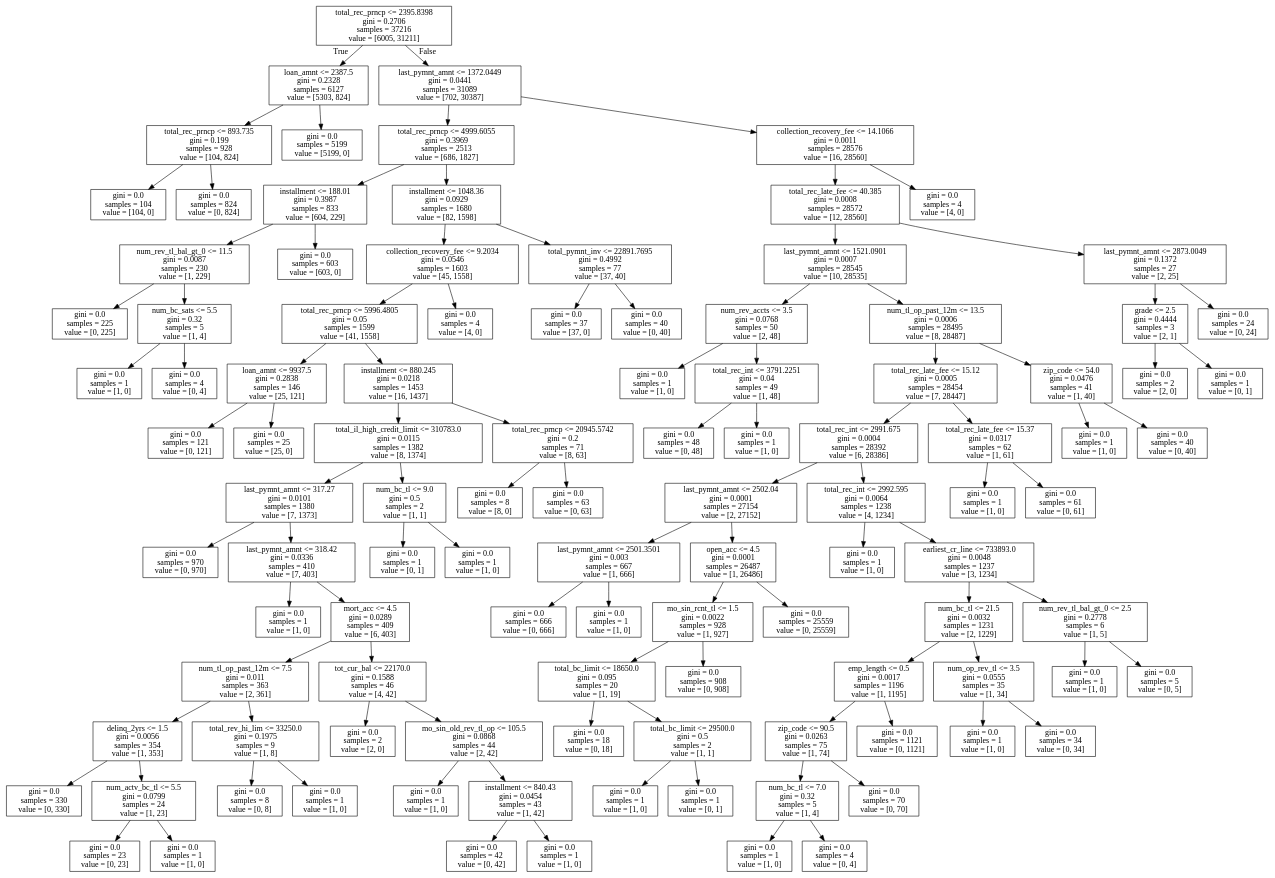
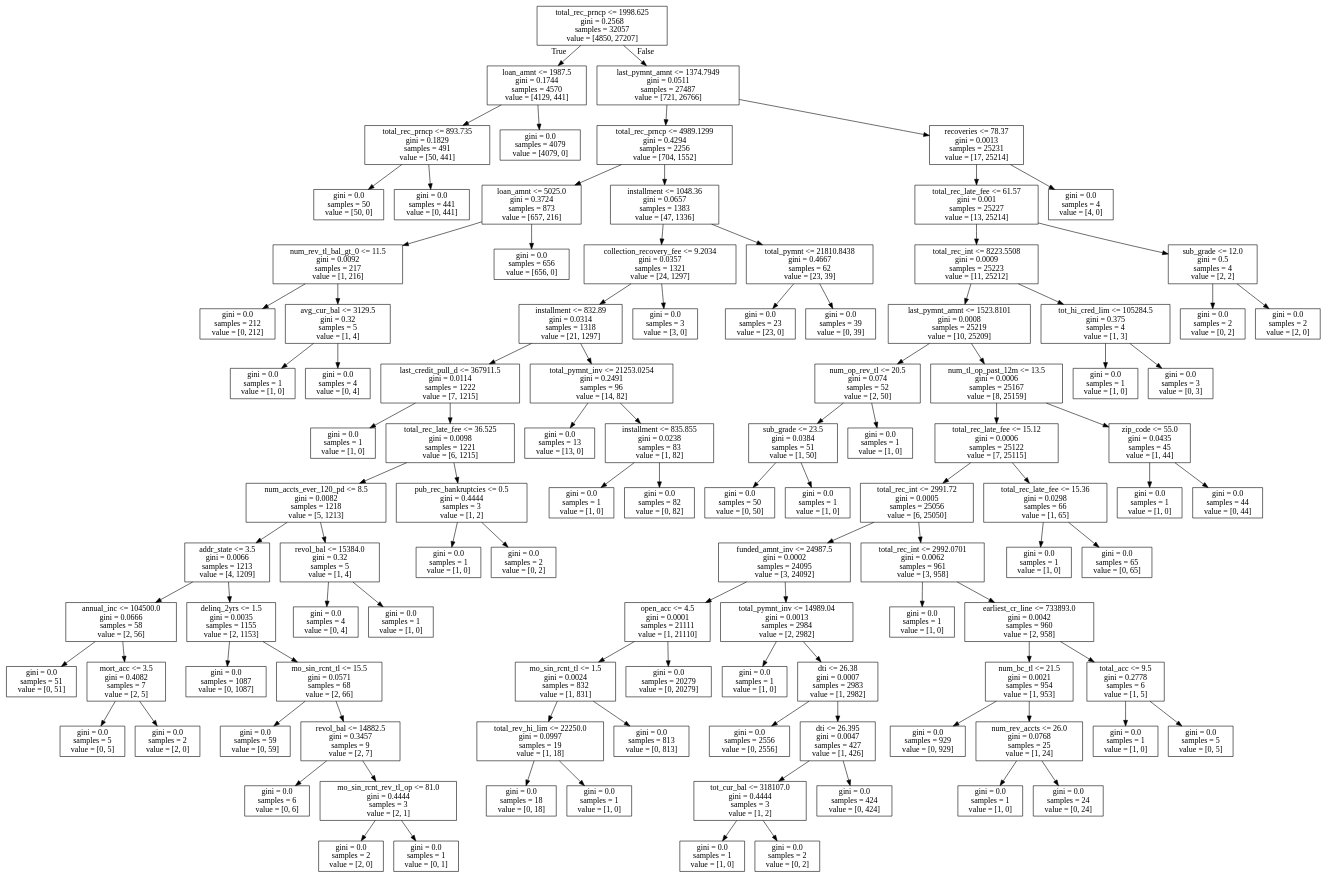
The diagram in tree1.dot (dominictabeta/DAT4Project), drawn with Graphviz before and after one commit. The commit also changed 2 other files, not shown here.

```diff
--- a/tree1.dot
+++ b/tree1.dot
@@ -1,216 +1,212 @@
 digraph Tree {
 node [shape=box] ;
-0 [label="total_rec_prncp <= 2395.8398\ngini = 0.2706\nsamples = 37216\nvalue = [6005, 31211]"] ;
-1 [label="loan_amnt <= 2387.5\ngini = 0.2328\nsamples = 6127\nvalue = [5303, 824]"] ;
+0 [label="total_rec_prncp <= 1998.625\ngini = 0.2568\nsamples = 32057\nvalue = [4850, 27207]"] ;
+1 [label="loan_amnt <= 1987.5\ngini = 0.1744\nsamples = 4570\nvalue = [4129, 441]"] ;
 0 -> 1 [labeldistance=2.5, labelangle=45, headlabel="True"] ;
-2 [label="total_rec_prncp <= 893.735\ngini = 0.199\nsamples = 928\nvalue = [104, 824]"] ;
+2 [label="total_rec_prncp <= 893.735\ngini = 0.1829\nsamples = 491\nvalue = [50, 441]"] ;
 1 -> 2 ;
-3 [label="gini = 0.0\nsamples = 104\nvalue = [104, 0]"] ;
+3 [label="gini = 0.0\nsamples = 50\nvalue = [50, 0]"] ;
 2 -> 3 ;
-4 [label="gini = 0.0\nsamples = 824\nvalue = [0, 824]"] ;
+4 [label="gini = 0.0\nsamples = 441\nvalue = [0, 441]"] ;
 2 -> 4 ;
-5 [label="gini = 0.0\nsamples = 5199\nvalue = [5199, 0]"] ;
+5 [label="gini = 0.0\nsamples = 4079\nvalue = [4079, 0]"] ;
 1 -> 5 ;
-6 [label="last_pymnt_amnt <= 1372.0449\ngini = 0.0441\nsamples = 31089\nvalue = [702, 30387]"] ;
+6 [label="last_pymnt_amnt <= 1374.7949\ngini = 0.0511\nsamples = 27487\nvalue = [721, 26766]"] ;
 0 -> 6 [labeldistance=2.5, labelangle=-45, headlabel="False"] ;
-7 [label="total_rec_prncp <= 4999.6055\ngini = 0.3969\nsamples = 2513\nvalue = [686, 1827]"] ;
+7 [label="total_rec_prncp <= 4989.1299\ngini = 0.4294\nsamples = 2256\nvalue = [704, 1552]"] ;
 6 -> 7 ;
-8 [label="installment <= 188.01\ngini = 0.3987\nsamples = 833\nvalue = [604, 229]"] ;
+8 [label="loan_amnt <= 5025.0\ngini = 0.3724\nsamples = 873\nvalue = [657, 216]"] ;
 7 -> 8 ;
-9 [label="num_rev_tl_bal_gt_0 <= 11.5\ngini = 0.0087\nsamples = 230\nvalue = [1, 229]"] ;
+9 [label="num_rev_tl_bal_gt_0 <= 11.5\ngini = 0.0092\nsamples = 217\nvalue = [1, 216]"] ;
 8 -> 9 ;
-10 [label="gini = 0.0\nsamples = 225\nvalue = [0, 225]"] ;
+10 [label="gini = 0.0\nsamples = 212\nvalue = [0, 212]"] ;
 9 -> 10 ;
-11 [label="num_bc_sats <= 5.5\ngini = 0.32\nsamples = 5\nvalue = [1, 4]"] ;
+11 [label="avg_cur_bal <= 3129.5\ngini = 0.32\nsamples = 5\nvalue = [1, 4]"] ;
 9 -> 11 ;
 12 [label="gini = 0.0\nsamples = 1\nvalue = [1, 0]"] ;
 11 -> 12 ;
 13 [label="gini = 0.0\nsamples = 4\nvalue = [0, 4]"] ;
 11 -> 13 ;
-14 [label="gini = 0.0\nsamples = 603\nvalue = [603, 0]"] ;
+14 [label="gini = 0.0\nsamples = 656\nvalue = [656, 0]"] ;
 8 -> 14 ;
-15 [label="installment <= 1048.36\ngini = 0.0929\nsamples = 1680\nvalue = [82, 1598]"] ;
+15 [label="installment <= 1048.36\ngini = 0.0657\nsamples = 1383\nvalue = [47, 1336]"] ;
 7 -> 15 ;
-16 [label="collection_recovery_fee <= 9.2034\ngini = 0.0546\nsamples = 1603\nvalue = [45, 1558]"] ;
+16 [label="collection_recovery_fee <= 9.2034\ngini = 0.0357\nsamples = 1321\nvalue = [24, 1297]"] ;
 15 -> 16 ;
-17 [label="total_rec_prncp <= 5996.4805\ngini = 0.05\nsamples = 1599\nvalue = [41, 1558]"] ;
+17 [label="installment <= 832.89\ngini = 0.0314\nsamples = 1318\nvalue = [21, 1297]"] ;
 16 -> 17 ;
-18 [label="loan_amnt <= 9937.5\ngini = 0.2838\nsamples = 146\nvalue = [25, 121]"] ;
+18 [label="last_credit_pull_d <= 367911.5\ngini = 0.0114\nsamples = 1222\nvalue = [7, 1215]"] ;
 17 -> 18 ;
-19 [label="gini = 0.0\nsamples = 121\nvalue = [0, 121]"] ;
+19 [label="gini = 0.0\nsamples = 1\nvalue = [1, 0]"] ;
 18 -> 19 ;
-20 [label="gini = 0.0\nsamples = 25\nvalue = [25, 0]"] ;
+20 [label="total_rec_late_fee <= 36.525\ngini = 0.0098\nsamples = 1221\nvalue = [6, 1215]"] ;
 18 -> 20 ;
-21 [label="installment <= 880.245\ngini = 0.0218\nsamples = 1453\nvalue = [16, 1437]"] ;
-17 -> 21 ;
-22 [label="total_il_high_credit_limit <= 310783.0\ngini = 0.0115\nsamples = 1382\nvalue = [8, 1374]"] ;
+21 [label="num_accts_ever_120_pd <= 8.5\ngini = 0.0082\nsamples = 1218\nvalue = [5, 1213]"] ;
+20 -> 21 ;
+22 [label="addr_state <= 3.5\ngini = 0.0066\nsamples = 1213\nvalue = [4, 1209]"] ;
 21 -> 22 ;
-23 [label="last_pymnt_amnt <= 317.27\ngini = 0.0101\nsamples = 1380\nvalue = [7, 1373]"] ;
+23 [label="annual_inc <= 104500.0\ngini = 0.0666\nsamples = 58\nvalue = [2, 56]"] ;
 22 -> 23 ;
-24 [label="gini = 0.0\nsamples = 970\nvalue = [0, 970]"] ;
+24 [label="gini = 0.0\nsamples = 51\nvalue = [0, 51]"] ;
 23 -> 24 ;
-25 [label="last_pymnt_amnt <= 318.42\ngini = 0.0336\nsamples = 410\nvalue = [7, 403]"] ;
+25 [label="mort_acc <= 3.5\ngini = 0.4082\nsamples = 7\nvalue = [2, 5]"] ;
 23 -> 25 ;
-26 [label="gini = 0.0\nsamples = 1\nvalue = [1, 0]"] ;
+26 [label="gini = 0.0\nsamples = 5\nvalue = [0, 5]"] ;
 25 -> 26 ;
-27 [label="mort_acc <= 4.5\ngini = 0.0289\nsamples = 409\nvalue = [6, 403]"] ;
+27 [label="gini = 0.0\nsamples = 2\nvalue = [2, 0]"] ;
 25 -> 27 ;
-28 [label="num_tl_op_past_12m <= 7.5\ngini = 0.011\nsamples = 363\nvalue = [2, 361]"] ;
-27 -> 28 ;
-29 [label="delinq_2yrs <= 1.5\ngini = 0.0056\nsamples = 354\nvalue = [1, 353]"] ;
+28 [label="delinq_2yrs <= 1.5\ngini = 0.0035\nsamples = 1155\nvalue = [2, 1153]"] ;
+22 -> 28 ;
+29 [label="gini = 0.0\nsamples = 1087\nvalue = [0, 1087]"] ;
 28 -> 29 ;
-30 [label="gini = 0.0\nsamples = 330\nvalue = [0, 330]"] ;
-29 -> 30 ;
-31 [label="num_actv_bc_tl <= 5.5\ngini = 0.0799\nsamples = 24\nvalue = [1, 23]"] ;
-29 -> 31 ;
-32 [label="gini = 0.0\nsamples = 23\nvalue = [0, 23]"] ;
-31 -> 32 ;
-33 [label="gini = 0.0\nsamples = 1\nvalue = [1, 0]"] ;
-31 -> 33 ;
-34 [label="total_rev_hi_lim <= 33250.0\ngini = 0.1975\nsamples = 9\nvalue = [1, 8]"] ;
-28 -> 34 ;
-35 [label="gini = 0.0\nsamples = 8\nvalue = [0, 8]"] ;
+30 [label="mo_sin_rcnt_tl <= 15.5\ngini = 0.0571\nsamples = 68\nvalue = [2, 66]"] ;
+28 -> 30 ;
+31 [label="gini = 0.0\nsamples = 59\nvalue = [0, 59]"] ;
+30 -> 31 ;
+32 [label="revol_bal <= 14882.5\ngini = 0.3457\nsamples = 9\nvalue = [2, 7]"] ;
+30 -> 32 ;
+33 [label="gini = 0.0\nsamples = 6\nvalue = [0, 6]"] ;
+32 -> 33 ;
+34 [label="mo_sin_rcnt_rev_tl_op <= 81.0\ngini = 0.4444\nsamples = 3\nvalue = [2, 1]"] ;
+32 -> 34 ;
+35 [label="gini = 0.0\nsamples = 2\nvalue = [2, 0]"] ;
 34 -> 35 ;
-36 [label="gini = 0.0\nsamples = 1\nvalue = [1, 0]"] ;
+36 [label="gini = 0.0\nsamples = 1\nvalue = [0, 1]"] ;
 34 -> 36 ;
-37 [label="tot_cur_bal <= 22170.0\ngini = 0.1588\nsamples = 46\nvalue = [4, 42]"] ;
-27 -> 37 ;
-38 [label="gini = 0.0\nsamples = 2\nvalue = [2, 0]"] ;
+37 [label="revol_bal <= 15384.0\ngini = 0.32\nsamples = 5\nvalue = [1, 4]"] ;
+21 -> 37 ;
+38 [label="gini = 0.0\nsamples = 4\nvalue = [0, 4]"] ;
 37 -> 38 ;
-39 [label="mo_sin_old_rev_tl_op <= 105.5\ngini = 0.0868\nsamples = 44\nvalue = [2, 42]"] ;
+39 [label="gini = 0.0\nsamples = 1\nvalue = [1, 0]"] ;
 37 -> 39 ;
-40 [label="gini = 0.0\nsamples = 1\nvalue = [1, 0]"] ;
-39 -> 40 ;
-41 [label="installment <= 840.43\ngini = 0.0454\nsamples = 43\nvalue = [1, 42]"] ;
-39 -> 41 ;
-42 [label="gini = 0.0\nsamples = 42\nvalue = [0, 42]"] ;
-41 -> 42 ;
-43 [label="gini = 0.0\nsamples = 1\nvalue = [1, 0]"] ;
-41 -> 43 ;
-44 [label="num_bc_tl <= 9.0\ngini = 0.5\nsamples = 2\nvalue = [1, 1]"] ;
-22 -> 44 ;
-45 [label="gini = 0.0\nsamples = 1\nvalue = [0, 1]"] ;
-44 -> 45 ;
+40 [label="pub_rec_bankruptcies <= 0.5\ngini = 0.4444\nsamples = 3\nvalue = [1, 2]"] ;
+20 -> 40 ;
+41 [label="gini = 0.0\nsamples = 1\nvalue = [1, 0]"] ;
+40 -> 41 ;
+42 [label="gini = 0.0\nsamples = 2\nvalue = [0, 2]"] ;
+40 -> 42 ;
+43 [label="total_pymnt_inv <= 21253.0254\ngini = 0.2491\nsamples = 96\nvalue = [14, 82]"] ;
+17 -> 43 ;
+44 [label="gini = 0.0\nsamples = 13\nvalue = [13, 0]"] ;
+43 -> 44 ;
+45 [label="installment <= 835.855\ngini = 0.0238\nsamples = 83\nvalue = [1, 82]"] ;
+43 -> 45 ;
 46 [label="gini = 0.0\nsamples = 1\nvalue = [1, 0]"] ;
-44 -> 46 ;
-47 [label="total_rec_prncp <= 20945.5742\ngini = 0.2\nsamples = 71\nvalue = [8, 63]"] ;
-21 -> 47 ;
-48 [label="gini = 0.0\nsamples = 8\nvalue = [8, 0]"] ;
-47 -> 48 ;
-49 [label="gini = 0.0\nsamples = 63\nvalue = [0, 63]"] ;
-47 -> 49 ;
-50 [label="gini = 0.0\nsamples = 4\nvalue = [4, 0]"] ;
-16 -> 50 ;
-51 [label="total_pymnt_inv <= 22891.7695\ngini = 0.4992\nsamples = 77\nvalue = [37, 40]"] ;
-15 -> 51 ;
-52 [label="gini = 0.0\nsamples = 37\nvalue = [37, 0]"] ;
-51 -> 52 ;
-53 [label="gini = 0.0\nsamples = 40\nvalue = [0, 40]"] ;
-51 -> 53 ;
-54 [label="collection_recovery_fee <= 14.1066\ngini = 0.0011\nsamples = 28576\nvalue = [16, 28560]"] ;
-6 -> 54 ;
-55 [label="total_rec_late_fee <= 40.385\ngini = 0.0008\nsamples = 28572\nvalue = [12, 28560]"] ;
+45 -> 46 ;
+47 [label="gini = 0.0\nsamples = 82\nvalue = [0, 82]"] ;
+45 -> 47 ;
+48 [label="gini = 0.0\nsamples = 3\nvalue = [3, 0]"] ;
+16 -> 48 ;
+49 [label="total_pymnt <= 21810.8438\ngini = 0.4667\nsamples = 62\nvalue = [23, 39]"] ;
+15 -> 49 ;
+50 [label="gini = 0.0\nsamples = 23\nvalue = [23, 0]"] ;
+49 -> 50 ;
+51 [label="gini = 0.0\nsamples = 39\nvalue = [0, 39]"] ;
+49 -> 51 ;
+52 [label="recoveries <= 78.37\ngini = 0.0013\nsamples = 25231\nvalue = [17, 25214]"] ;
+6 -> 52 ;
+53 [label="total_rec_late_fee <= 61.57\ngini = 0.001\nsamples = 25227\nvalue = [13, 25214]"] ;
+52 -> 53 ;
+54 [label="total_rec_int <= 8223.5508\ngini = 0.0009\nsamples = 25223\nvalue = [11, 25212]"] ;
+53 -> 54 ;
+55 [label="last_pymnt_amnt <= 1523.8101\ngini = 0.0008\nsamples = 25219\nvalue = [10, 25209]"] ;
 54 -> 55 ;
-56 [label="last_pymnt_amnt <= 1521.0901\ngini = 0.0007\nsamples = 28545\nvalue = [10, 28535]"] ;
+56 [label="num_op_rev_tl <= 20.5\ngini = 0.074\nsamples = 52\nvalue = [2, 50]"] ;
 55 -> 56 ;
-57 [label="num_rev_accts <= 3.5\ngini = 0.0768\nsamples = 50\nvalue = [2, 48]"] ;
+57 [label="sub_grade <= 23.5\ngini = 0.0384\nsamples = 51\nvalue = [1, 50]"] ;
 56 -> 57 ;
-58 [label="gini = 0.0\nsamples = 1\nvalue = [1, 0]"] ;
+58 [label="gini = 0.0\nsamples = 50\nvalue = [0, 50]"] ;
 57 -> 58 ;
-59 [label="total_rec_int <= 3791.2251\ngini = 0.04\nsamples = 49\nvalue = [1, 48]"] ;
+59 [label="gini = 0.0\nsamples = 1\nvalue = [1, 0]"] ;
 57 -> 59 ;
-60 [label="gini = 0.0\nsamples = 48\nvalue = [0, 48]"] ;
-59 -> 60 ;
-61 [label="gini = 0.0\nsamples = 1\nvalue = [1, 0]"] ;
-59 -> 61 ;
-62 [label="num_tl_op_past_12m <= 13.5\ngini = 0.0006\nsamples = 28495\nvalue = [8, 28487]"] ;
-56 -> 62 ;
-63 [label="total_rec_late_fee <= 15.12\ngini = 0.0005\nsamples = 28454\nvalue = [7, 28447]"] ;
+60 [label="gini = 0.0\nsamples = 1\nvalue = [1, 0]"] ;
+56 -> 60 ;
+61 [label="num_tl_op_past_12m <= 13.5\ngini = 0.0006\nsamples = 25167\nvalue = [8, 25159]"] ;
+55 -> 61 ;
+62 [label="total_rec_late_fee <= 15.12\ngini = 0.0006\nsamples = 25122\nvalue = [7, 25115]"] ;
+61 -> 62 ;
+63 [label="total_rec_int <= 2991.72\ngini = 0.0005\nsamples = 25056\nvalue = [6, 25050]"] ;
 62 -> 63 ;
-64 [label="total_rec_int <= 2991.675\ngini = 0.0004\nsamples = 28392\nvalue = [6, 28386]"] ;
+64 [label="funded_amnt_inv <= 24987.5\ngini = 0.0002\nsamples = 24095\nvalue = [3, 24092]"] ;
 63 -> 64 ;
-65 [label="last_pymnt_amnt <= 2502.04\ngini = 0.0001\nsamples = 27154\nvalue = [2, 27152]"] ;
+65 [label="open_acc <= 4.5\ngini = 0.0001\nsamples = 21111\nvalue = [1, 21110]"] ;
 64 -> 65 ;
-66 [label="last_pymnt_amnt <= 2501.3501\ngini = 0.003\nsamples = 667\nvalue = [1, 666]"] ;
+66 [label="mo_sin_rcnt_tl <= 1.5\ngini = 0.0024\nsamples = 832\nvalue = [1, 831]"] ;
 65 -> 66 ;
-67 [label="gini = 0.0\nsamples = 666\nvalue = [0, 666]"] ;
+67 [label="total_rev_hi_lim <= 22250.0\ngini = 0.0997\nsamples = 19\nvalue = [1, 18]"] ;
 66 -> 67 ;
-68 [label="gini = 0.0\nsamples = 1\nvalue = [1, 0]"] ;
-66 -> 68 ;
-69 [label="open_acc <= 4.5\ngini = 0.0001\nsamples = 26487\nvalue = [1, 26486]"] ;
-65 -> 69 ;
-70 [label="mo_sin_rcnt_tl <= 1.5\ngini = 0.0022\nsamples = 928\nvalue = [1, 927]"] ;
-69 -> 70 ;
-71 [label="total_bc_limit <= 18650.0\ngini = 0.095\nsamples = 20\nvalue = [1, 19]"] ;
-70 -> 71 ;
-72 [label="gini = 0.0\nsamples = 18\nvalue = [0, 18]"] ;
-71 -> 72 ;
-73 [label="total_bc_limit <= 29500.0\ngini = 0.5\nsamples = 2\nvalue = [1, 1]"] ;
-71 -> 73 ;
-74 [label="gini = 0.0\nsamples = 1\nvalue = [1, 0]"] ;
-73 -> 74 ;
-75 [label="gini = 0.0\nsamples = 1\nvalue = [0, 1]"] ;
-73 -> 75 ;
-76 [label="gini = 0.0\nsamples = 908\nvalue = [0, 908]"] ;
-70 -> 76 ;
-77 [label="gini = 0.0\nsamples = 25559\nvalue = [0, 25559]"] ;
-69 -> 77 ;
-78 [label="total_rec_int <= 2992.595\ngini = 0.0064\nsamples = 1238\nvalue = [4, 1234]"] ;
-64 -> 78 ;
-79 [label="gini = 0.0\nsamples = 1\nvalue = [1, 0]"] ;
-78 -> 79 ;
-80 [label="earliest_cr_line <= 733893.0\ngini = 0.0048\nsamples = 1237\nvalue = [3, 1234]"] ;
-78 -> 80 ;
-81 [label="num_bc_tl <= 21.5\ngini = 0.0032\nsamples = 1231\nvalue = [2, 1229]"] ;
-80 -> 81 ;
-82 [label="emp_length <= 0.5\ngini = 0.0017\nsamples = 1196\nvalue = [1, 1195]"] ;
+68 [label="gini = 0.0\nsamples = 18\nvalue = [0, 18]"] ;
+67 -> 68 ;
+69 [label="gini = 0.0\nsamples = 1\nvalue = [1, 0]"] ;
+67 -> 69 ;
+70 [label="gini = 0.0\nsamples = 813\nvalue = [0, 813]"] ;
+66 -> 70 ;
+71 [label="gini = 0.0\nsamples = 20279\nvalue = [0, 20279]"] ;
+65 -> 71 ;
+72 [label="total_pymnt_inv <= 14989.04\ngini = 0.0013\nsamples = 2984\nvalue = [2, 2982]"] ;
+64 -> 72 ;
+73 [label="gini = 0.0\nsamples = 1\nvalue = [1, 0]"] ;
+72 -> 73 ;
+74 [label="dti <= 26.38\ngini = 0.0007\nsamples = 2983\nvalue = [1, 2982]"] ;
+72 -> 74 ;
+75 [label="gini = 0.0\nsamples = 2556\nvalue = [0, 2556]"] ;
+74 -> 75 ;
+76 [label="dti <= 26.395\ngini = 0.0047\nsamples = 427\nvalue = [1, 426]"] ;
+74 -> 76 ;
+77 [label="tot_cur_bal <= 318107.0\ngini = 0.4444\nsamples = 3\nvalue = [1, 2]"] ;
+76 -> 77 ;
+78 [label="gini = 0.0\nsamples = 1\nvalue = [1, 0]"] ;
+77 -> 78 ;
+79 [label="gini = 0.0\nsamples = 2\nvalue = [0, 2]"] ;
+77 -> 79 ;
+80 [label="gini = 0.0\nsamples = 424\nvalue = [0, 424]"] ;
+76 -> 80 ;
+81 [label="total_rec_int <= 2992.0701\ngini = 0.0062\nsamples = 961\nvalue = [3, 958]"] ;
+63 -> 81 ;
+82 [label="gini = 0.0\nsamples = 1\nvalue = [1, 0]"] ;
 81 -> 82 ;
-83 [label="zip_code <= 90.5\ngini = 0.0263\nsamples = 75\nvalue = [1, 74]"] ;
-82 -> 83 ;
-84 [label="num_bc_tl <= 7.0\ngini = 0.32\nsamples = 5\nvalue = [1, 4]"] ;
+83 [label="earliest_cr_line <= 733893.0\ngini = 0.0042\nsamples = 960\nvalue = [2, 958]"] ;
+81 -> 83 ;
+84 [label="num_bc_tl <= 21.5\ngini = 0.0021\nsamples = 954\nvalue = [1, 953]"] ;
 83 -> 84 ;
-85 [label="gini = 0.0\nsamples = 1\nvalue = [1, 0]"] ;
+85 [label="gini = 0.0\nsamples = 929\nvalue = [0, 929]"] ;
 84 -> 85 ;
-86 [label="gini = 0.0\nsamples = 4\nvalue = [0, 4]"] ;
+86 [label="num_rev_accts <= 26.0\ngini = 0.0768\nsamples = 25\nvalue = [1, 24]"] ;
 84 -> 86 ;
-87 [label="gini = 0.0\nsamples = 70\nvalue = [0, 70]"] ;
-83 -> 87 ;
-88 [label="gini = 0.0\nsamples = 1121\nvalue = [0, 1121]"] ;
-82 -> 88 ;
-89 [label="num_op_rev_tl <= 3.5\ngini = 0.0555\nsamples = 35\nvalue = [1, 34]"] ;
-81 -> 89 ;
+87 [label="gini = 0.0\nsamples = 1\nvalue = [1, 0]"] ;
+86 -> 87 ;
+88 [label="gini = 0.0\nsamples = 24\nvalue = [0, 24]"] ;
+86 -> 88 ;
+89 [label="total_acc <= 9.5\ngini = 0.2778\nsamples = 6\nvalue = [1, 5]"] ;
+83 -> 89 ;
 90 [label="gini = 0.0\nsamples = 1\nvalue = [1, 0]"] ;
 89 -> 90 ;
-91 [label="gini = 0.0\nsamples = 34\nvalue = [0, 34]"] ;
+91 [label="gini = 0.0\nsamples = 5\nvalue = [0, 5]"] ;
 89 -> 91 ;
-92 [label="num_rev_tl_bal_gt_0 <= 2.5\ngini = 0.2778\nsamples = 6\nvalue = [1, 5]"] ;
-80 -> 92 ;
+92 [label="total_rec_late_fee <= 15.36\ngini = 0.0298\nsamples = 66\nvalue = [1, 65]"] ;
+62 -> 92 ;
 93 [label="gini = 0.0\nsamples = 1\nvalue = [1, 0]"] ;
 92 -> 93 ;
-94 [label="gini = 0.0\nsamples = 5\nvalue = [0, 5]"] ;
+94 [label="gini = 0.0\nsamples = 65\nvalue = [0, 65]"] ;
 92 -> 94 ;
-95 [label="total_rec_late_fee <= 15.37\ngini = 0.0317\nsamples = 62\nvalue = [1, 61]"] ;
-63 -> 95 ;
+95 [label="zip_code <= 55.0\ngini = 0.0435\nsamples = 45\nvalue = [1, 44]"] ;
+61 -> 95 ;
 96 [label="gini = 0.0\nsamples = 1\nvalue = [1, 0]"] ;
 95 -> 96 ;
-97 [label="gini = 0.0\nsamples = 61\nvalue = [0, 61]"] ;
+97 [label="gini = 0.0\nsamples = 44\nvalue = [0, 44]"] ;
 95 -> 97 ;
-98 [label="zip_code <= 54.0\ngini = 0.0476\nsamples = 41\nvalue = [1, 40]"] ;
-62 -> 98 ;
+98 [label="tot_hi_cred_lim <= 105284.5\ngini = 0.375\nsamples = 4\nvalue = [1, 3]"] ;
+54 -> 98 ;
 99 [label="gini = 0.0\nsamples = 1\nvalue = [1, 0]"] ;
 98 -> 99 ;
-100 [label="gini = 0.0\nsamples = 40\nvalue = [0, 40]"] ;
+100 [label="gini = 0.0\nsamples = 3\nvalue = [0, 3]"] ;
 98 -> 100 ;
-101 [label="last_pymnt_amnt <= 2873.0049\ngini = 0.1372\nsamples = 27\nvalue = [2, 25]"] ;
-55 -> 101 ;
-102 [label="grade <= 2.5\ngini = 0.4444\nsamples = 3\nvalue = [2, 1]"] ;
+101 [label="sub_grade <= 12.0\ngini = 0.5\nsamples = 4\nvalue = [2, 2]"] ;
+53 -> 101 ;
+102 [label="gini = 0.0\nsamples = 2\nvalue = [0, 2]"] ;
 101 -> 102 ;
 103 [label="gini = 0.0\nsamples = 2\nvalue = [2, 0]"] ;
-102 -> 103 ;
-104 [label="gini = 0.0\nsamples = 1\nvalue = [0, 1]"] ;
-102 -> 104 ;
-105 [label="gini = 0.0\nsamples = 24\nvalue = [0, 24]"] ;
-101 -> 105 ;
-106 [label="gini = 0.0\nsamples = 4\nvalue = [4, 0]"] ;
-54 -> 106 ;
+101 -> 103 ;
+104 [label="gini = 0.0\nsamples = 4\nvalue = [4, 0]"] ;
+52 -> 104 ;
 }
```
